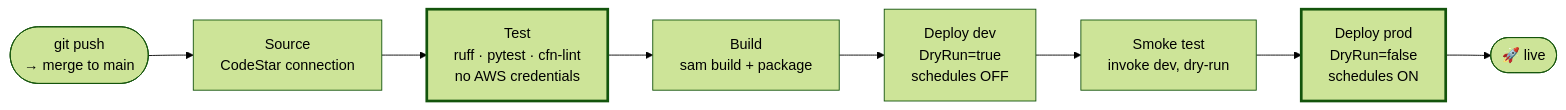
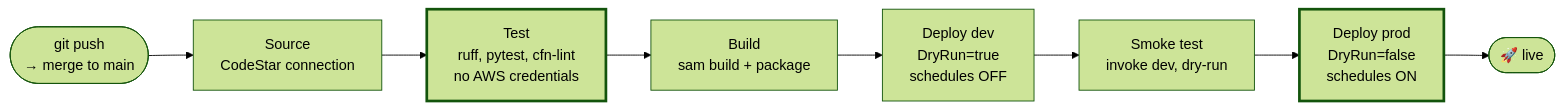
Before and after one commit to MasonGallagher/FplBot: diagram 11 of 12 in docs/DIAGRAMS.md, drawn with Mermaid (forest theme). The commit also changed other lines of this file, not shown here.

First line of the commit message:
docs: fix the real cause of diagram text overflowing its shape

````diff
--- a/docs/DIAGRAMS.md
+++ b/docs/DIAGRAMS.md
@@ -441,13 +441,13 @@
 ```mermaid
 flowchart LR
     DEV(["git push<br/>→ merge to main"]) --> SRC["Source<br/>CodeStar connection"]
-    SRC --> TEST["Test<br/>ruff · pytest · cfn-lint<br/>no AWS credentials"]
+    SRC --> TEST["Test<br/>ruff, pytest, cfn-lint<br/>no AWS credentials"]
     TEST --> BUILD["Build<br/>sam build + package"]
     BUILD --> DD["Deploy dev<br/>DryRun=true<br/>schedules OFF"]
     DD --> SMOKE["Smoke test<br/>invoke dev, dry-run"]
     SMOKE --> DP["Deploy prod<br/>DryRun=false<br/>schedules ON"]
     DP --> LIVE(["🚀 live"])
 
     classDef emphasis stroke-width:3px
     class TEST,DP emphasis
 ```
````
